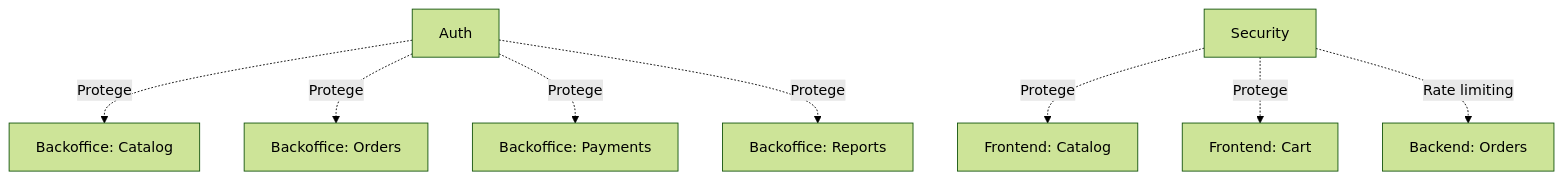
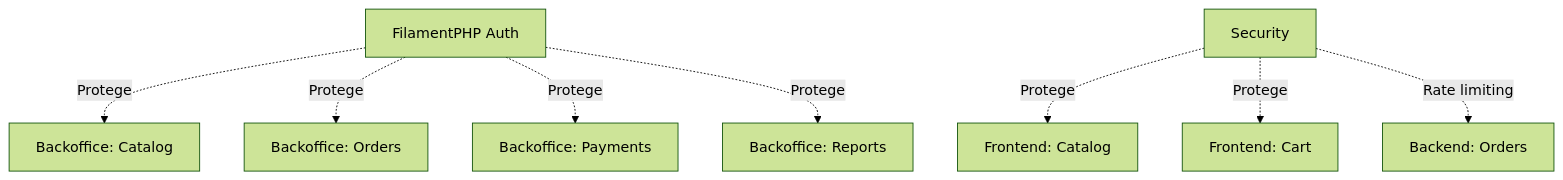
The fifth of 7 diagrams in e-commerce-wa-ml/modular-architecture.md (dantofema/memory-bank), drawn with Mermaid (forest theme) before and after one commit. The commit also changed other lines of this file and 12 other files, not shown here.

````diff
--- a/e-commerce-wa-ml/modular-architecture.md
+++ b/e-commerce-wa-ml/modular-architecture.md
@@ -136,19 +136,19 @@
 ```mermaid
 graph TB
-    AUTH[Auth]
+    FILAMENT[FilamentPHP Auth]
     SECURITY[Security]
     B_CATALOG[Backoffice: Catalog]
     B_ORDERS[Backoffice: Orders]
     B_PAYMENTS[Backoffice: Payments]
     B_REPORTS[Backoffice: Reports]
     F_CATALOG[Frontend: Catalog]
     F_CART[Frontend: Cart]
     ORDERS[Backend: Orders]
-    AUTH -.->|Protege| B_CATALOG
-    AUTH -.->|Protege| B_ORDERS
-    AUTH -.->|Protege| B_PAYMENTS
-    AUTH -.->|Protege| B_REPORTS
+    FILAMENT -.->|Protege| B_CATALOG
+    FILAMENT -.->|Protege| B_ORDERS
+    FILAMENT -.->|Protege| B_PAYMENTS
+    FILAMENT -.->|Protege| B_REPORTS
     SECURITY -.->|Protege| F_CATALOG
     SECURITY -.->|Protege| F_CART
     SECURITY -.->|Rate limiting| ORDERS
 ```
````
